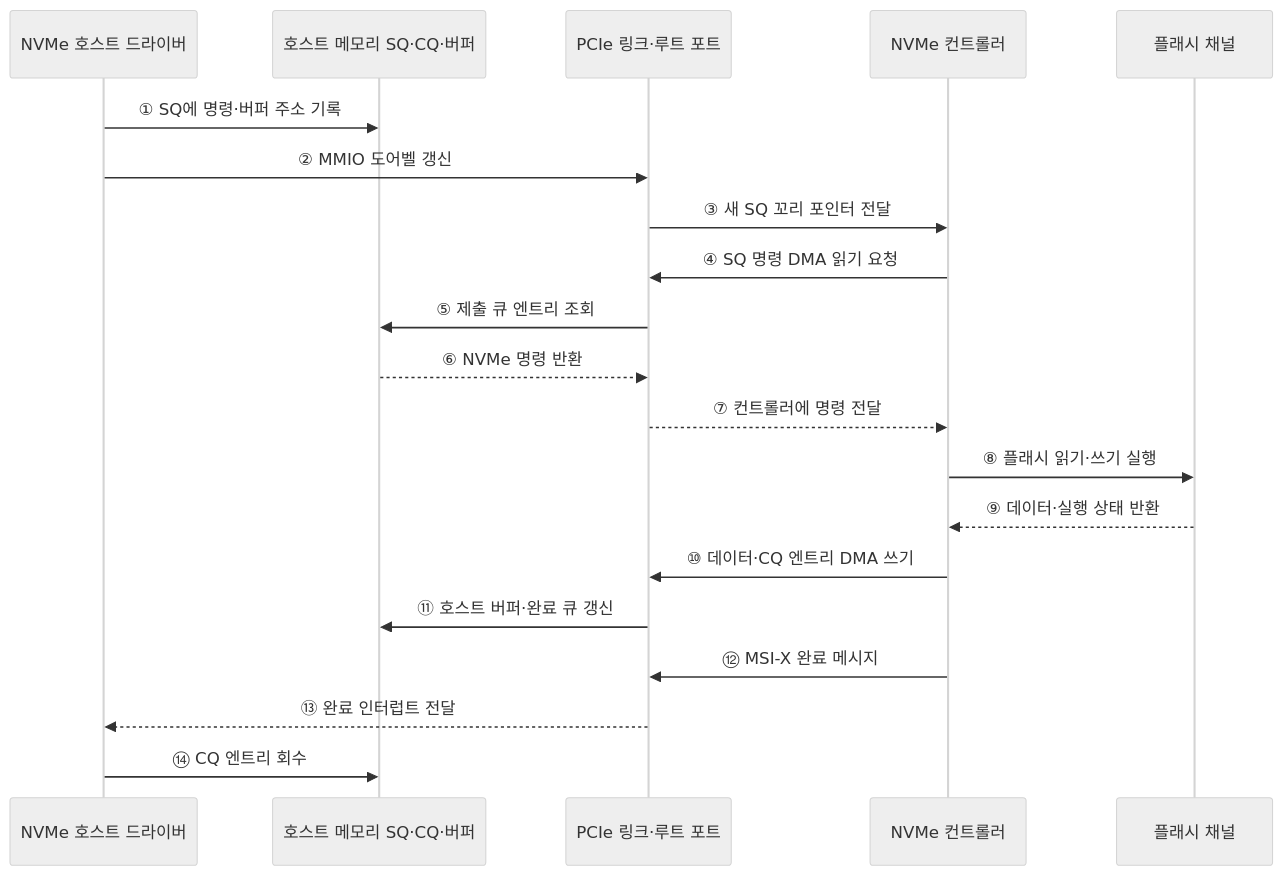
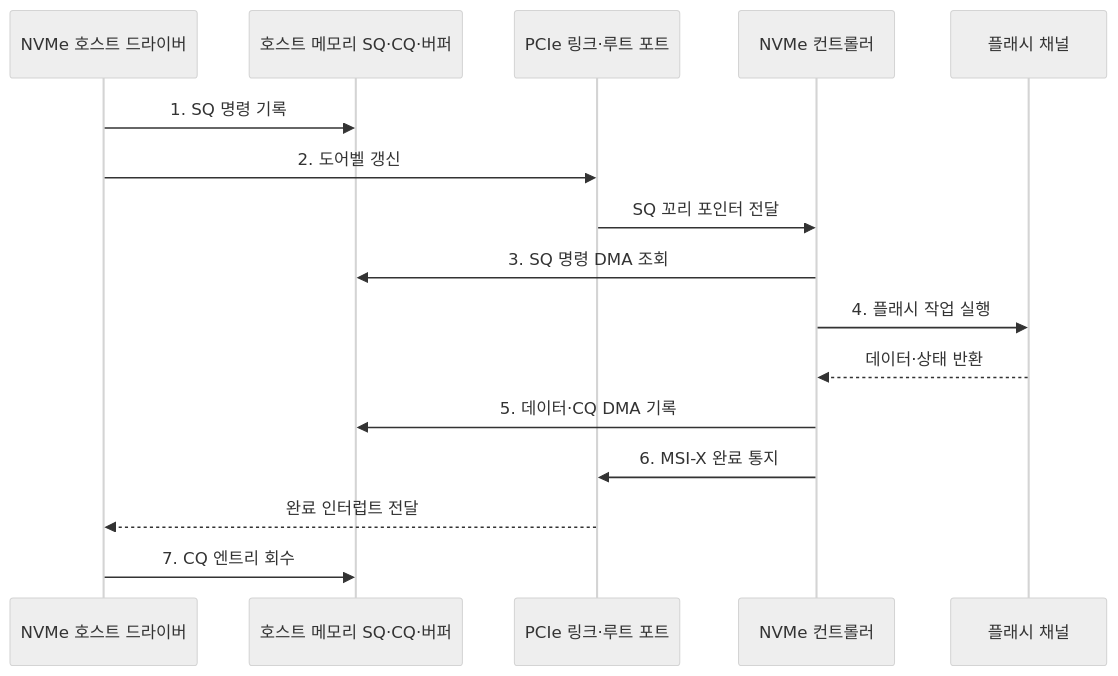
The second of 2 diagrams in src/content/docs/notes/02-hardware/029_nvme_pcie_interface.md (agnusdei1207/knowledge-base), drawn with Mermaid (neutral theme) before and after one commit. The commit also changed other lines of this file and 20 other files, not shown here.

````diff
--- a/src/content/docs/notes/02-hardware/029_nvme_pcie_interface.md
+++ b/src/content/docs/notes/02-hardware/029_nvme_pcie_interface.md
@@ -81,23 +89,19 @@
 ```mermaid
 sequenceDiagram
     participant D as NVMe 호스트 드라이버
     participant Q as 호스트 메모리 SQ·CQ·버퍼
     participant P as PCIe 링크·루트 포트
     participant C as NVMe 컨트롤러
     participant F as 플래시 채널
 
-    D->>Q: ① SQ에 명령·버퍼 주소 기록
-    D->>P: ② MMIO 도어벨 갱신
-    P->>C: ③ 새 SQ 꼬리 포인터 전달
-    C->>P: ④ SQ 명령 DMA 읽기 요청
-    P->>Q: ⑤ 제출 큐 엔트리 조회
-    Q-->>P: ⑥ NVMe 명령 반환
-    P-->>C: ⑦ 컨트롤러에 명령 전달
-    C->>F: ⑧ 플래시 읽기·쓰기 실행
-    F-->>C: ⑨ 데이터·실행 상태 반환
-    C->>P: ⑩ 데이터·CQ 엔트리 DMA 쓰기
-    P->>Q: ⑪ 호스트 버퍼·완료 큐 갱신
-    C->>P: ⑫ MSI-X 완료 메시지
-    P-->>D: ⑬ 완료 인터럽트 전달
-    D->>Q: ⑭ CQ 엔트리 회수
+    D->>Q: 1. SQ 명령 기록
+    D->>P: 2. 도어벨 갱신
+    P->>C: SQ 꼬리 포인터 전달
+    C->>Q: 3. SQ 명령 DMA 조회
+    C->>F: 4. 플래시 작업 실행
+    F-->>C: 데이터·상태 반환
+    C->>Q: 5. 데이터·CQ DMA 기록
+    C->>P: 6. MSI-X 완료 통지
+    P-->>D: 완료 인터럽트 전달
+    D->>Q: 7. CQ 엔트리 회수
 ```
````
